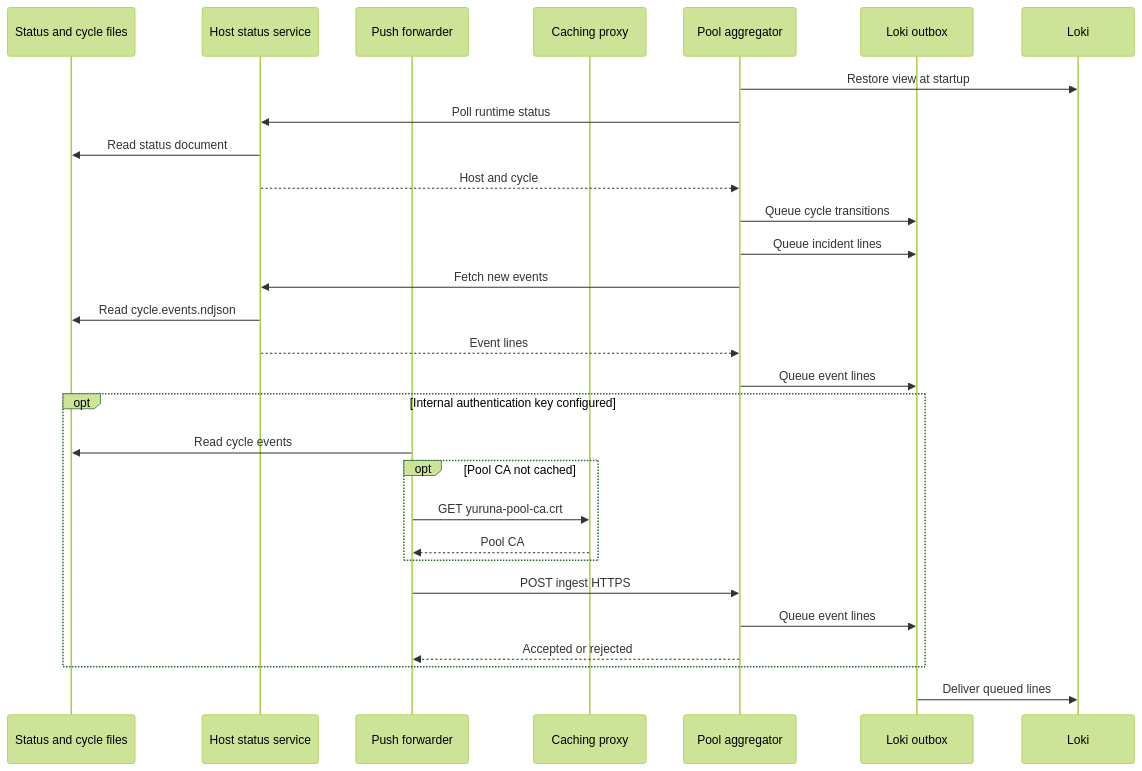
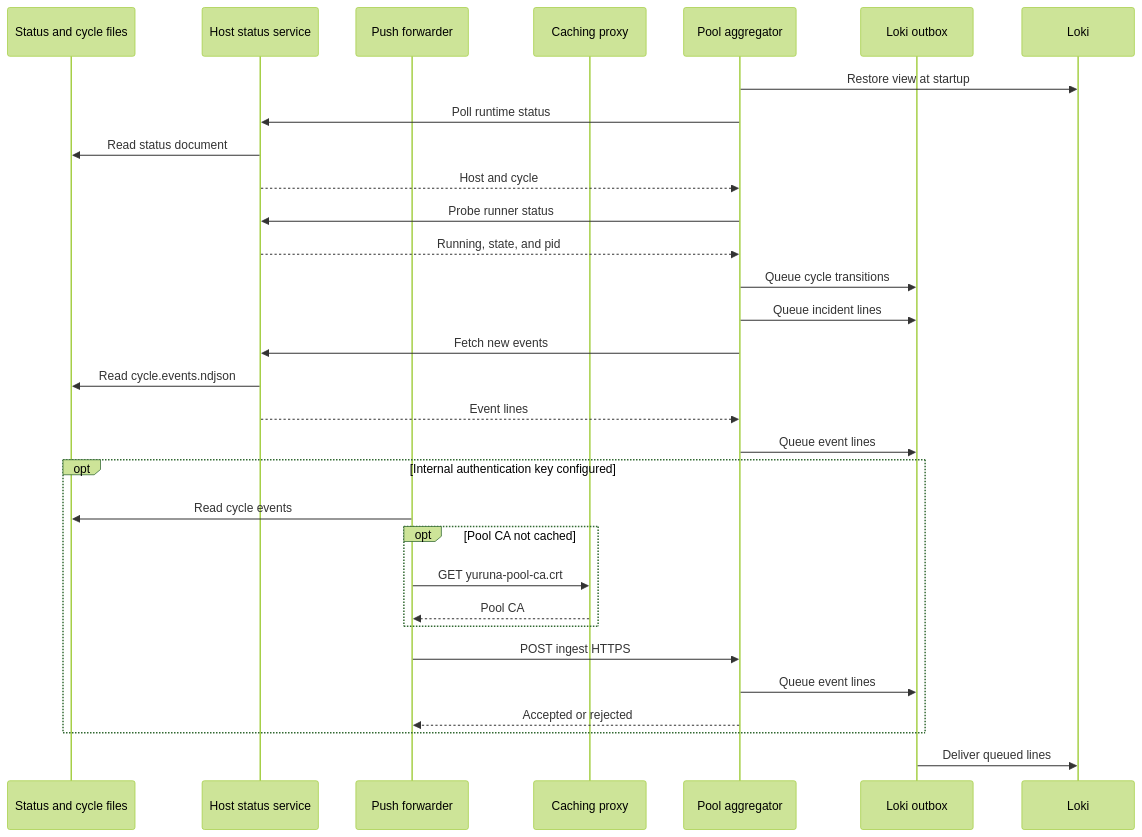
The ninth of 17 diagrams in docs/design/03-data-flows.md (alissonsol/yuruna), drawn with Mermaid (forest theme) before and after one commit. The commit also changed other lines of this file and 1362 other files, not shown here.

````diff
--- a/docs/design/03-data-flows.md
+++ b/docs/design/03-data-flows.md
@@ -415,31 +415,33 @@
 ```mermaid
 sequenceDiagram
     participant cycle-events-ndjson as Status and cycle files
     participant start-status-service-ps1 as Host status service
     participant invoke-pool-push-forwarder-ps1 as Push forwarder
     participant caching-proxy-service as Caching proxy
     participant pool-aggregator-service as Pool aggregator
     participant loki-outbox as Loki outbox
     participant loki as Loki
     pool-aggregator-service->>loki: Restore view at startup
     pool-aggregator-service->>start-status-service-ps1: Poll runtime status
     start-status-service-ps1->>cycle-events-ndjson: Read status document
     start-status-service-ps1-->>pool-aggregator-service: Host and cycle
+    pool-aggregator-service->>start-status-service-ps1: Probe runner status
+    start-status-service-ps1-->>pool-aggregator-service: Running, state, and pid
     pool-aggregator-service->>loki-outbox: Queue cycle transitions
     pool-aggregator-service->>loki-outbox: Queue incident lines
     pool-aggregator-service->>start-status-service-ps1: Fetch new events
     start-status-service-ps1->>cycle-events-ndjson: Read cycle.events.ndjson
     start-status-service-ps1-->>pool-aggregator-service: Event lines
     pool-aggregator-service->>loki-outbox: Queue event lines
     opt Internal authentication key configured
         invoke-pool-push-forwarder-ps1->>cycle-events-ndjson: Read cycle events
         opt Pool CA not cached
             invoke-pool-push-forwarder-ps1->>caching-proxy-service: GET yuruna-pool-ca.crt
             caching-proxy-service-->>invoke-pool-push-forwarder-ps1: Pool CA
         end
         invoke-pool-push-forwarder-ps1->>pool-aggregator-service: POST ingest HTTPS
         pool-aggregator-service->>loki-outbox: Queue event lines
         pool-aggregator-service-->>invoke-pool-push-forwarder-ps1: Accepted or rejected
     end
     loki-outbox->>loki: Deliver queued lines
 ```
````
